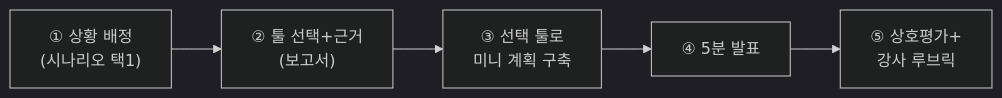
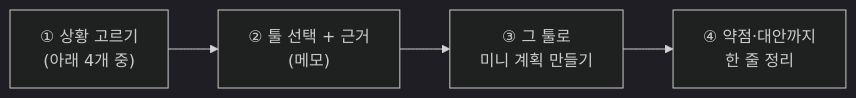
The diagram in 05_Capstone/Capstone.md (bbnotest/Smart4_PM), drawn with Mermaid (dark theme) before and after one commit. The commit also changed other lines of this file and 16 other files, not shown here.

````diff
--- a/05_Capstone/Capstone.md
+++ b/05_Capstone/Capstone.md
@@ -12,7 +9,4 @@
 ```mermaid
 graph LR
-    A["① 상황 배정<br/>(시나리오 택1)"] --> B["② 툴 선택+근거<br/>(보고서)"]
-    B --> C["③ 선택 툴로<br/>미니 계획 구축"]
-    C --> D["④ 5분 발표"]
-    D --> E["⑤ 상호평가+<br/>강사 루브릭"]
+    A["① 상황 고르기<br/>(아래 4개 중)"] --> B["② 툴 선택 + 근거<br/>(메모)"] --> C["③ 그 툴로<br/>미니 계획 만들기"] --> D["④ 약점·대안까지<br/>한 줄 정리"]
 ```
````
